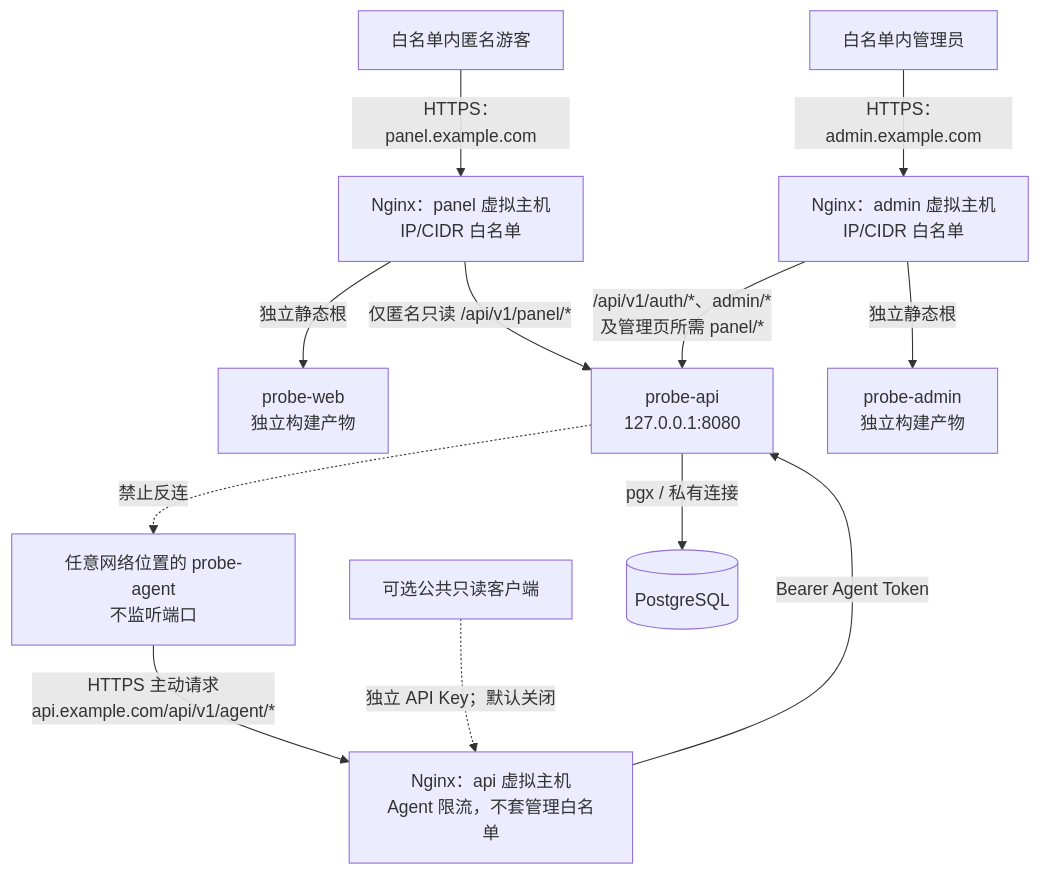
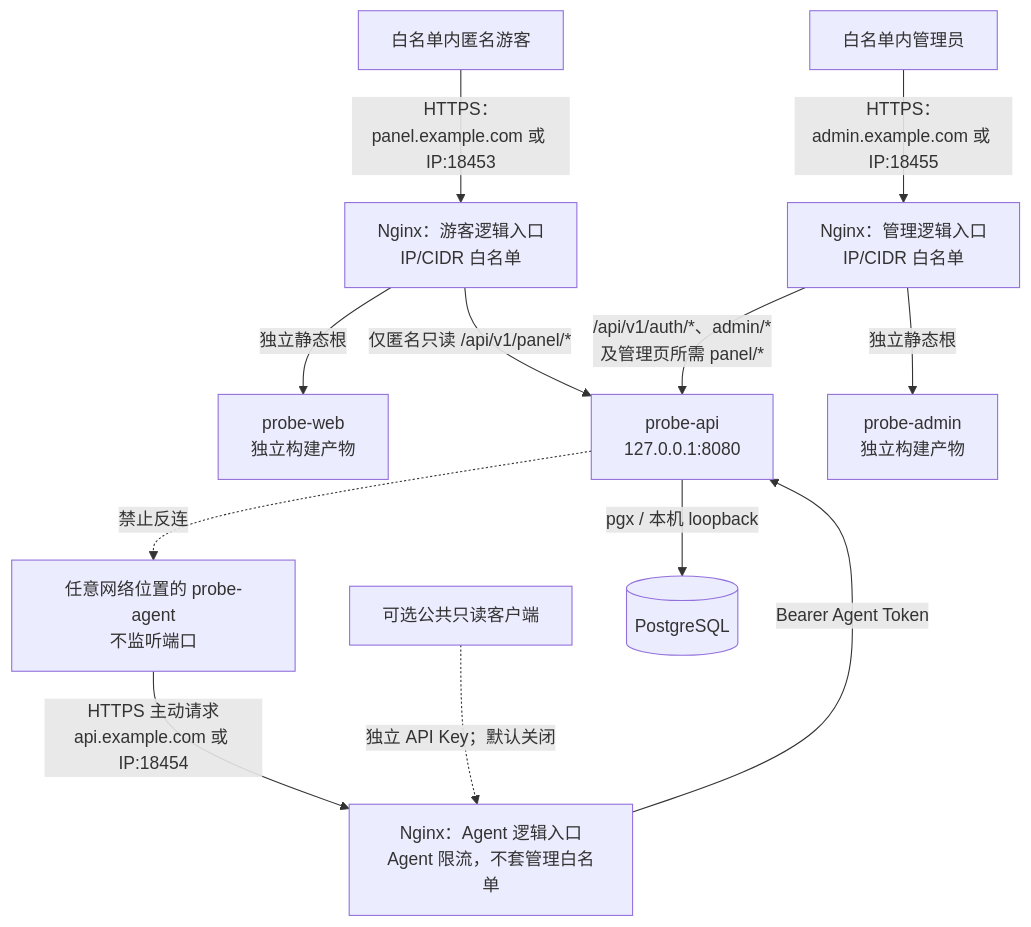
One commit to Kcmose/super-my changed the first of 2 diagrams in docs/design/architecture.md. Above: the diagram before and after it, drawn with Mermaid. The commit also changed other lines of this file and 59 other files, not shown here.

````diff
--- a/docs/design/architecture.md
+++ b/docs/design/architecture.md
@@ -20,18 +22,18 @@
 ```mermaid
 flowchart TB
-    V["白名单内匿名游客"] -->|"HTTPS：panel.example.com"| NP["Nginx：panel 虚拟主机\nIP/CIDR 白名单"]
+    V["白名单内匿名游客"] -->|"HTTPS：panel.example.com 或 IP:18453"| NP["Nginx：游客逻辑入口\nIP/CIDR 白名单"]
     NP -->|"独立静态根"| W["probe-web\n独立构建产物"]
     NP -->|"仅匿名只读 /api/v1/panel/*"| A["probe-api\n127.0.0.1:8080"]
 
-    B["白名单内管理员"] -->|"HTTPS：admin.example.com"| NA["Nginx：admin 虚拟主机\nIP/CIDR 白名单"]
+    B["白名单内管理员"] -->|"HTTPS：admin.example.com 或 IP:18455"| NA["Nginx：管理逻辑入口\nIP/CIDR 白名单"]
     NA -->|"独立静态根"| M["probe-admin\n独立构建产物"]
     NA -->|"/api/v1/auth/*、admin/*\n及管理页所需 panel/*"| A
 
-    G["任意网络位置的 probe-agent\n不监听端口"] -->|"HTTPS 主动请求\napi.example.com/api/v1/agent/*"| NG["Nginx：api 虚拟主机\nAgent 限流，不套管理白名单"]
+    G["任意网络位置的 probe-agent\n不监听端口"] -->|"HTTPS 主动请求\napi.example.com 或 IP:18454"| NG["Nginx：Agent 逻辑入口\nAgent 限流，不套管理白名单"]
     NG -->|"Bearer Agent Token"| A
 
     P["可选公共只读客户端"] -.->|"独立 API Key；默认关闭"| NG
-    A -->|"pgx / 私有连接"| D[("PostgreSQL")]
+    A -->|"pgx / 本机 loopback"| D[("PostgreSQL")]
 
     A -. "禁止反连" .-> G
 ```
````
